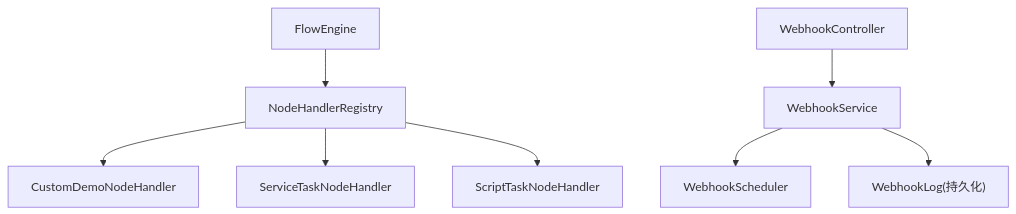
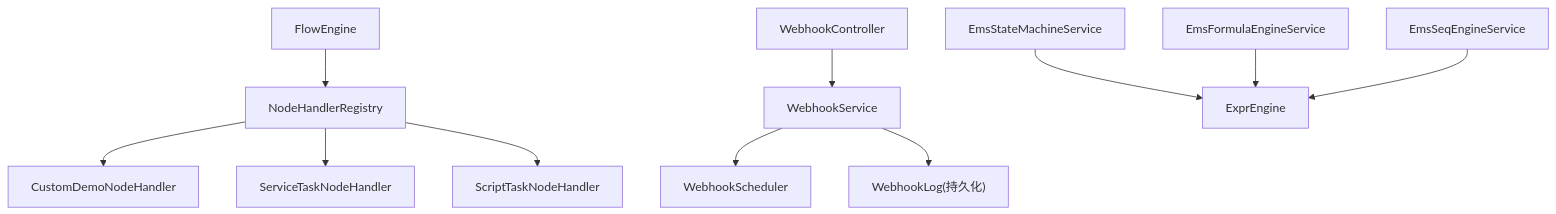
Before and after one commit to liming-lihaini/workflow: diagram 11 of 11 in .qoder/repowiki/zh/content/扩展开发指南/扩展开发指南.md, drawn with Mermaid. The commit also changed other lines of this file and 45 other files, not shown here.

````diff
--- a/.qoder/repowiki/zh/content/扩展开发指南/扩展开发指南.md
+++ b/.qoder/repowiki/zh/content/扩展开发指南/扩展开发指南.md
@@ -386,10 +563,13 @@
 ```mermaid
 graph TB
 FE["FlowEngine"] --> REG["NodeHandlerRegistry"]
 REG --> H1["CustomDemoNodeHandler"]
 REG --> H2["ServiceTaskNodeHandler"]
 REG --> H3["ScriptTaskNodeHandler"]
 WC["WebhookController"] --> WS["WebhookService"]
 WS --> SCH["WebhookScheduler"]
 WS --> LOG["WebhookLog(持久化)"]
+SSM["EmsStateMachineService"] --> EE["ExprEngine"]
+FFE["EmsFormulaEngineService"] --> EE
+SSE["EmsSeqEngineService"] --> EE
 ```
````
